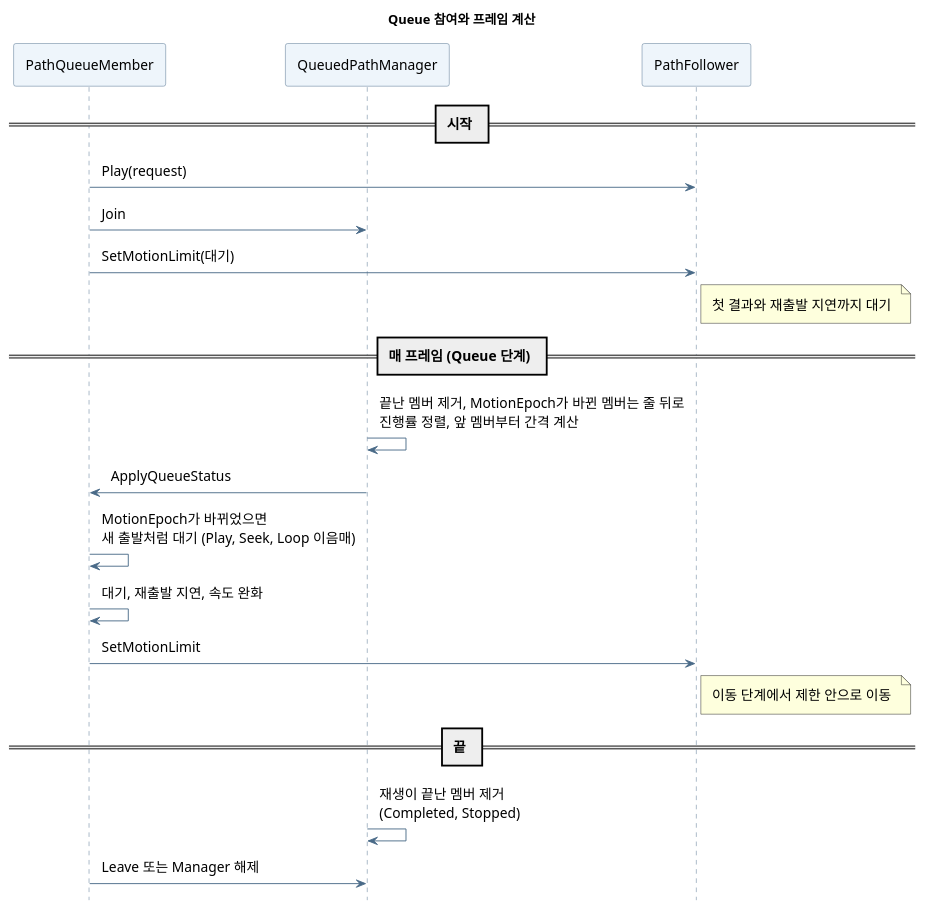
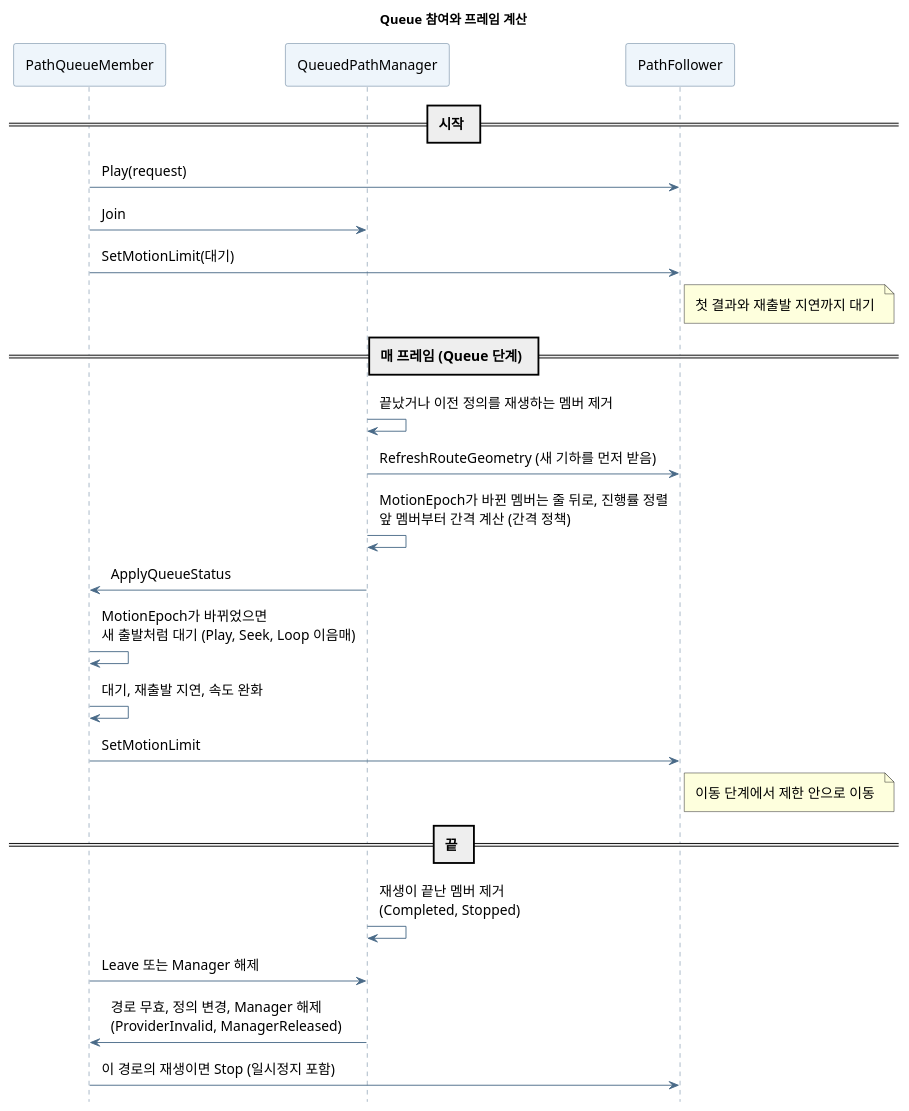
One commit to youwonsock/tool-unity-editor changed the diagram in ToyProject/Assets/_TransformPath/Docs/transformpath-queue.puml. Above: the diagram before and after it, drawn with PlantUML. The commit also changed 5 other files, not shown here.

First line of the commit message:
TransformPath 문서의 반환값 규칙, 예시 로그, 확장 지점, 구조도를 실제에 맞춤

```diff
--- a/ToyProject/Assets/_TransformPath/Docs/transformpath-queue.puml
+++ b/ToyProject/Assets/_TransformPath/Docs/transformpath-queue.puml
@@ -1,34 +1,38 @@
 @startuml transformpath-queue
 skinparam shadowing false
 skinparam defaultFontName "Apple SD Gothic Neo"
 skinparam defaultFontSize 15
 skinparam ArrowColor #496A88
 skinparam Padding 6
 skinparam sequenceParticipantBackgroundColor #EEF5FB
 skinparam sequenceParticipantBorderColor #496A88
 skinparam sequenceLifeLineBorderColor #496A88
 hide footbox
 title Queue 참여와 프레임 계산
 
 participant PathQueueMember as Member
 participant QueuedPathManager as Manager
 participant PathFollower as Follower
 
 == 시작 ==
 Member -> Follower : Play(request)
 Member -> Manager : Join
 Member -> Follower : SetMotionLimit(대기)
 note right of Follower : 첫 결과와 재출발 지연까지 대기
 
 == 매 프레임 (Queue 단계) ==
-Manager -> Manager : 끝난 멤버 제거, MotionEpoch가 바뀐 멤버는 줄 뒤로\n진행률 정렬, 앞 멤버부터 간격 계산
+Manager -> Manager : 끝났거나 이전 정의를 재생하는 멤버 제거
+Manager -> Follower : RefreshRouteGeometry (새 기하를 먼저 받음)
+Manager -> Manager : MotionEpoch가 바뀐 멤버는 줄 뒤로, 진행률 정렬\n앞 멤버부터 간격 계산 (간격 정책)
 Manager -> Member : ApplyQueueStatus
 Member -> Member : MotionEpoch가 바뀌었으면\n새 출발처럼 대기 (Play, Seek, Loop 이음매)
 Member -> Member : 대기, 재출발 지연, 속도 완화
 Member -> Follower : SetMotionLimit
 note right of Follower : 이동 단계에서 제한 안으로 이동
 
 == 끝 ==
 Manager -> Manager : 재생이 끝난 멤버 제거\n(Completed, Stopped)
 Member -> Manager : Leave 또는 Manager 해제
+Manager -> Member : 경로 무효, 정의 변경, Manager 해제\n(ProviderInvalid, ManagerReleased)
+Member -> Follower : 이 경로의 재생이면 Stop (일시정지 포함)
 @enduml
```
